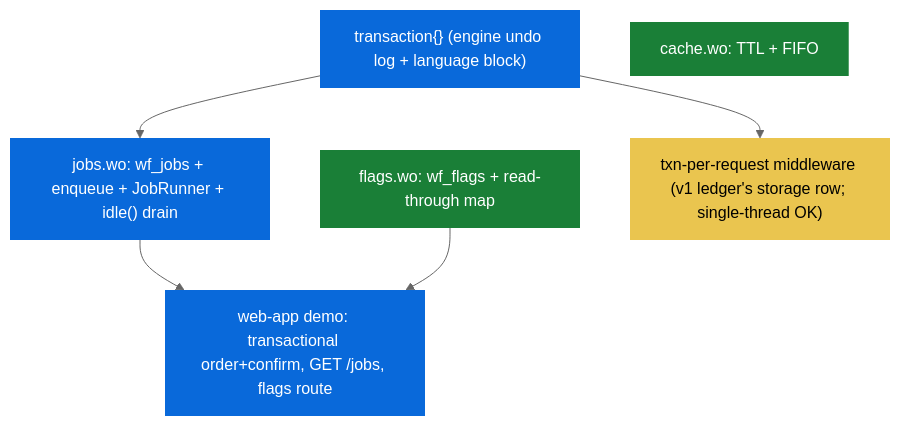
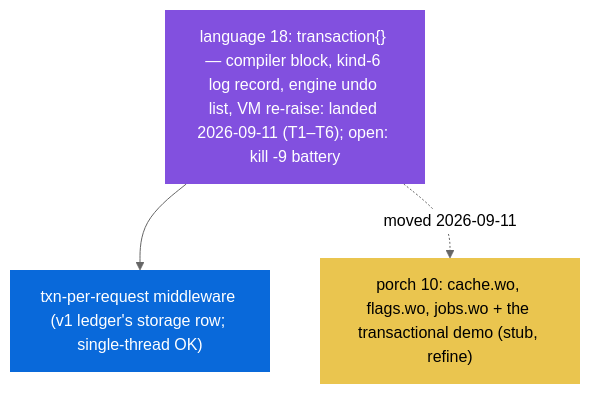
The fourth of 9 diagrams in docs/00-dependency-graph.md (shoneyJ/writeonce), drawn with Mermaid (neutral theme) before and after one commit. The commit also changed other lines of this file and 7 other files, not shown here.

````diff
--- a/docs/00-dependency-graph.md
+++ b/docs/00-dependency-graph.md
@@ -251,18 +261,13 @@
 ```mermaid
 flowchart TD
     classDef piece fill:#0969da,color:#fff,stroke:none
-    classDef indep fill:#1a7f37,color:#fff,stroke:none
-    classDef later fill:#eac54f,color:#000,stroke:none
+    classDef inprog fill:#8250df,color:#fff,stroke:none
+    classDef refine fill:#eac54f,color:#000,stroke:none
 
-    TXN["transaction{} (engine undo log + language block)"]:::piece
-    JOBS["jobs.wo: wf_jobs + enqueue + JobRunner + idle() drain"]:::piece
-    DEMO["web-app demo: transactional order+confirm, GET /jobs, flags route"]:::piece
-    CACHE["cache.wo: TTL + FIFO"]:::indep
-    FLAGS["flags.wo: wf_flags + read-through map"]:::indep
-    TPRMW["txn-per-request middleware (v1 ledger's storage row; single-thread OK)"]:::later
+    TXN["language 18: transaction{} — compiler block, kind-6 log record, engine undo list, VM re-raise: landed 2026-09-11 (T1–T6); open: kill -9 battery"]:::inprog
+    TPRMW["txn-per-request middleware (v1 ledger's storage row; single-thread OK)"]:::piece
+    P10["porch 10: cache.wo, flags.wo, jobs.wo + the transactional demo (stub, refine)"]:::refine
 
-    TXN --> JOBS
-    JOBS --> DEMO
-    FLAGS --> DEMO
     TXN --> TPRMW
+    TXN -. moved 2026-09-11 .-> P10
 ```
````
